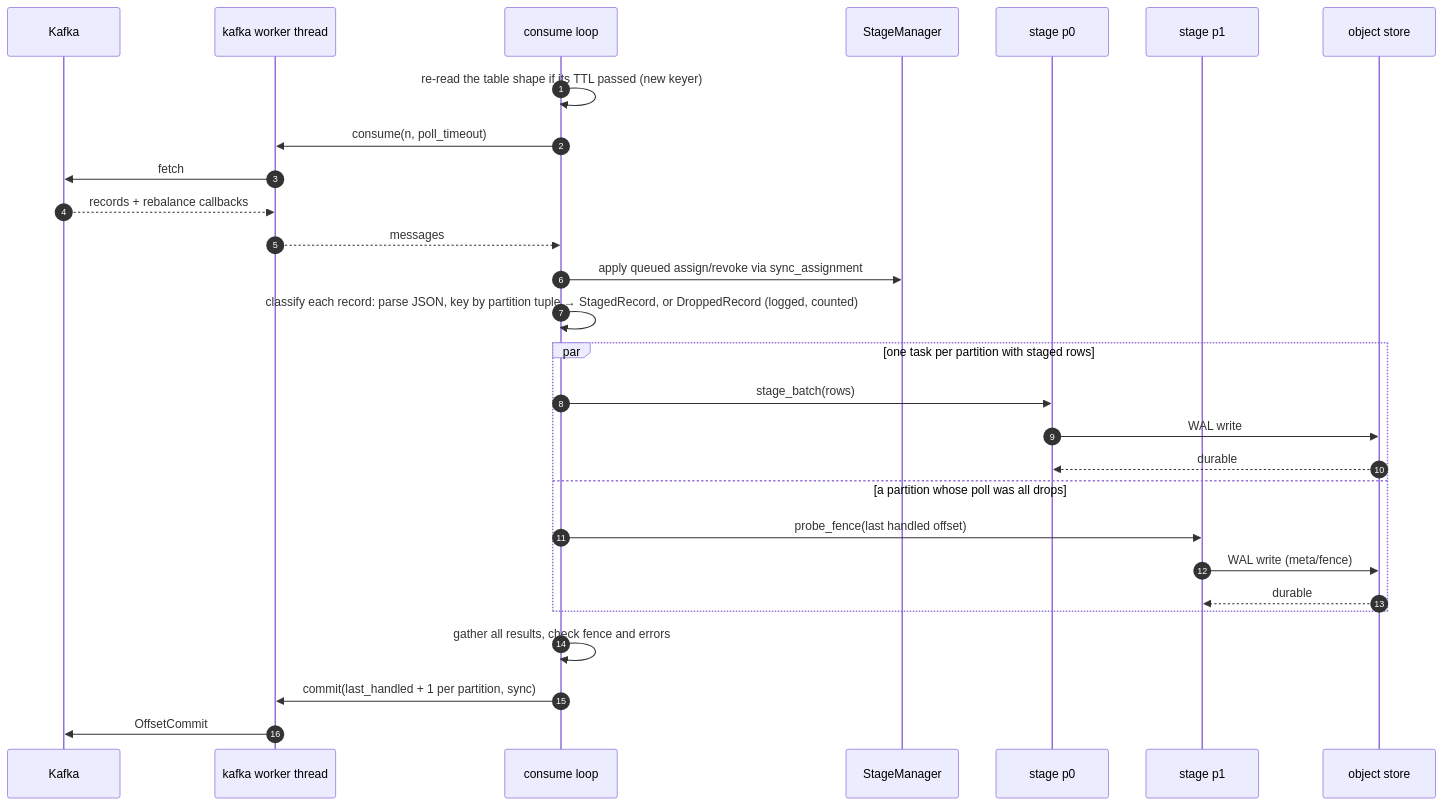
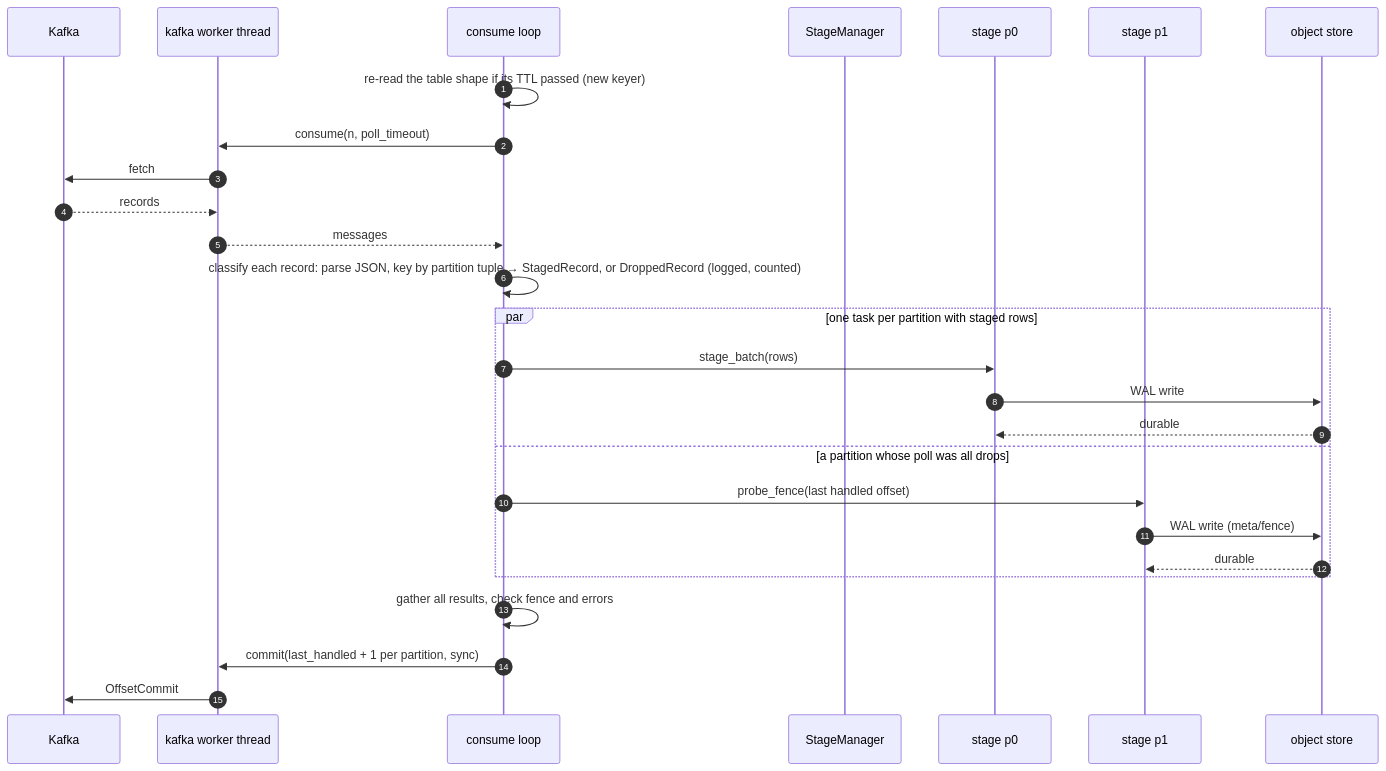
The second of 4 diagrams in millrace/architecture.md (PostHog/hoglake), drawn with Mermaid before and after one commit. The commit also changed other lines of this file and 25 other files, not shown here.

````diff
--- a/millrace/architecture.md
+++ b/millrace/architecture.md
@@ -305,30 +305,29 @@
 ```mermaid
 sequenceDiagram
   autonumber
   participant K as Kafka
   participant W as kafka worker thread
   participant C as consume loop
   participant SM as StageManager
   participant P0 as stage p0
   participant P1 as stage p1
   participant OS as object store
   C->>C: re-read the table shape if its TTL passed (new keyer)
   C->>W: consume(n, poll_timeout)
   W->>K: fetch
-  K-->>W: records + rebalance callbacks
+  K-->>W: records
   W-->>C: messages
-  C->>SM: apply queued assign/revoke via sync_assignment
   C->>C: classify each record: parse JSON, key by partition tuple → StagedRecord, or DroppedRecord (logged, counted)
   par one task per partition with staged rows
     C->>P0: stage_batch(rows)
     P0->>OS: WAL write
     OS-->>P0: durable
   and a partition whose poll was all drops
     C->>P1: probe_fence(last handled offset)
     P1->>OS: WAL write (meta/fence)
     OS-->>P1: durable
   end
   C->>C: gather all results, check fence and errors
   C->>W: commit(last_handled + 1 per partition, sync)
   W->>K: OffsetCommit
 ```
````
